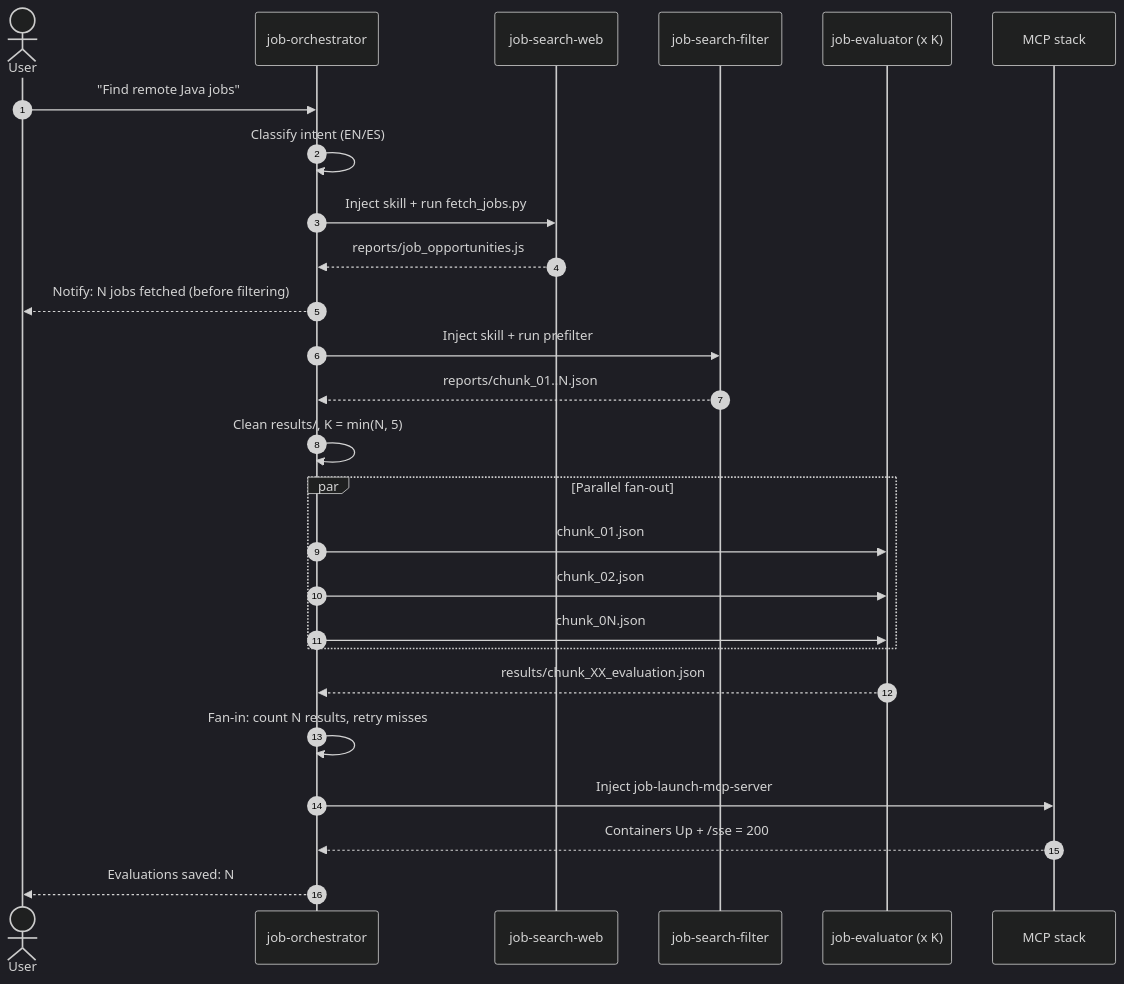
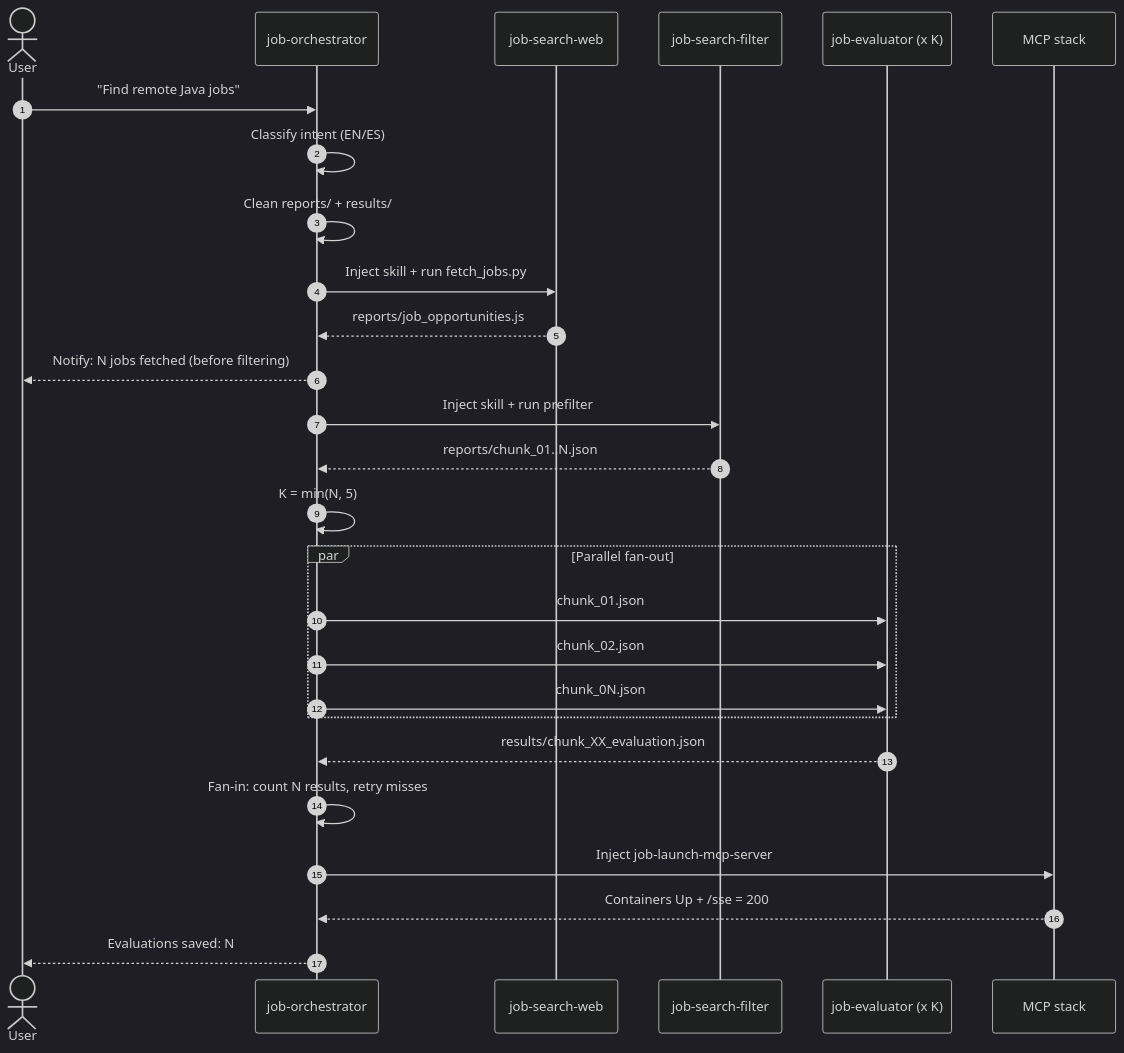
The second of 4 diagrams in README.md (caupolicanquerales/agent_hunter_job), drawn with Mermaid (dark theme) before and after one commit. The commit also changed other lines of this file and 54 other files, not shown here.

````diff
--- a/README.md
+++ b/README.md
@@ -126,29 +126,30 @@
 ```mermaid
 sequenceDiagram
     autonumber
     actor U as User
     participant O as job-orchestrator
     participant W as job-search-web
     participant F as job-search-filter
     participant E as job-evaluator (x K)
     participant M as MCP stack
 
     U->>O: "Find remote Java jobs"
     O->>O: Classify intent (EN/ES)
+    O->>O: Clean reports/ + results/
     O->>W: Inject skill + run fetch_jobs.py
     W-->>O: reports/job_opportunities.js
     O-->>U: Notify: N jobs fetched (before filtering)
     O->>F: Inject skill + run prefilter
     F-->>O: reports/chunk_01..N.json
-    O->>O: Clean results/, K = min(N, 5)
+    O->>O: K = min(N, 5)
     par Parallel fan-out
         O->>E: chunk_01.json
         O->>E: chunk_02.json
         O->>E: chunk_0N.json
     end
     E-->>O: results/chunk_XX_evaluation.json
     O->>O: Fan-in: count N results, retry misses
     O->>M: Inject job-launch-mcp-server
     M-->>O: Containers Up + /sse = 200
     O-->>U: Evaluations saved: N
 ```
````
